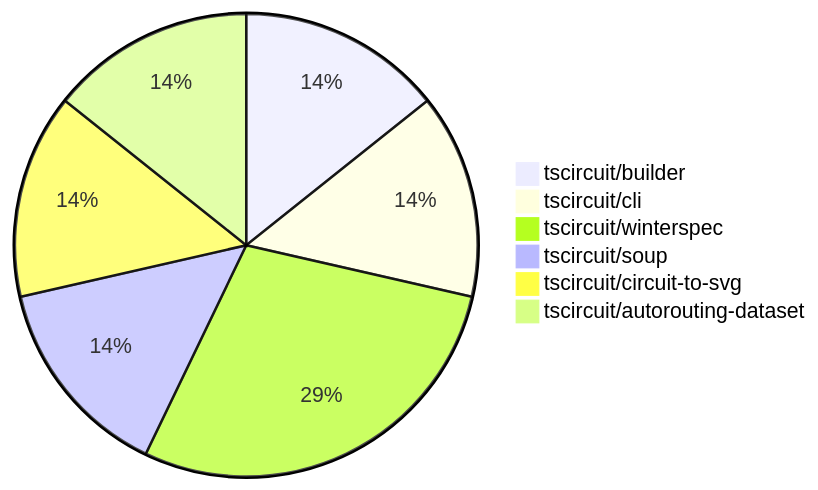
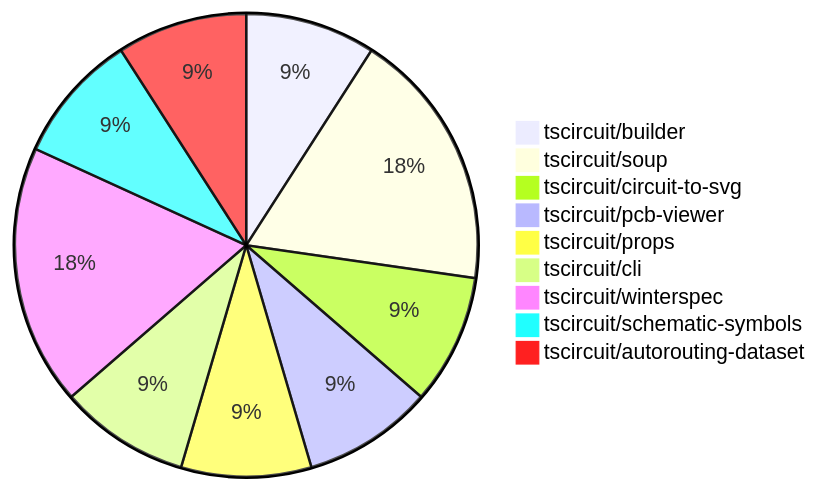
The diagram in README.md (tscircuit/contribution-tracker), drawn with Mermaid before and after one commit. The commit also changed other lines of this file and 1 other file, not shown here.

````diff
--- a/README.md
+++ b/README.md
@@ -24,9 +24,12 @@
 ```mermaid
 pie
     "tscircuit/builder" : 1
+    "tscircuit/soup" : 2
+    "tscircuit/circuit-to-svg" : 1
+    "tscircuit/pcb-viewer" : 1
+    "tscircuit/props" : 1
     "tscircuit/cli" : 1
     "tscircuit/winterspec" : 2
-    "tscircuit/soup" : 1
-    "tscircuit/circuit-to-svg" : 1
+    "tscircuit/schematic-symbols" : 1
     "tscircuit/autorouting-dataset" : 1
 ```
````
